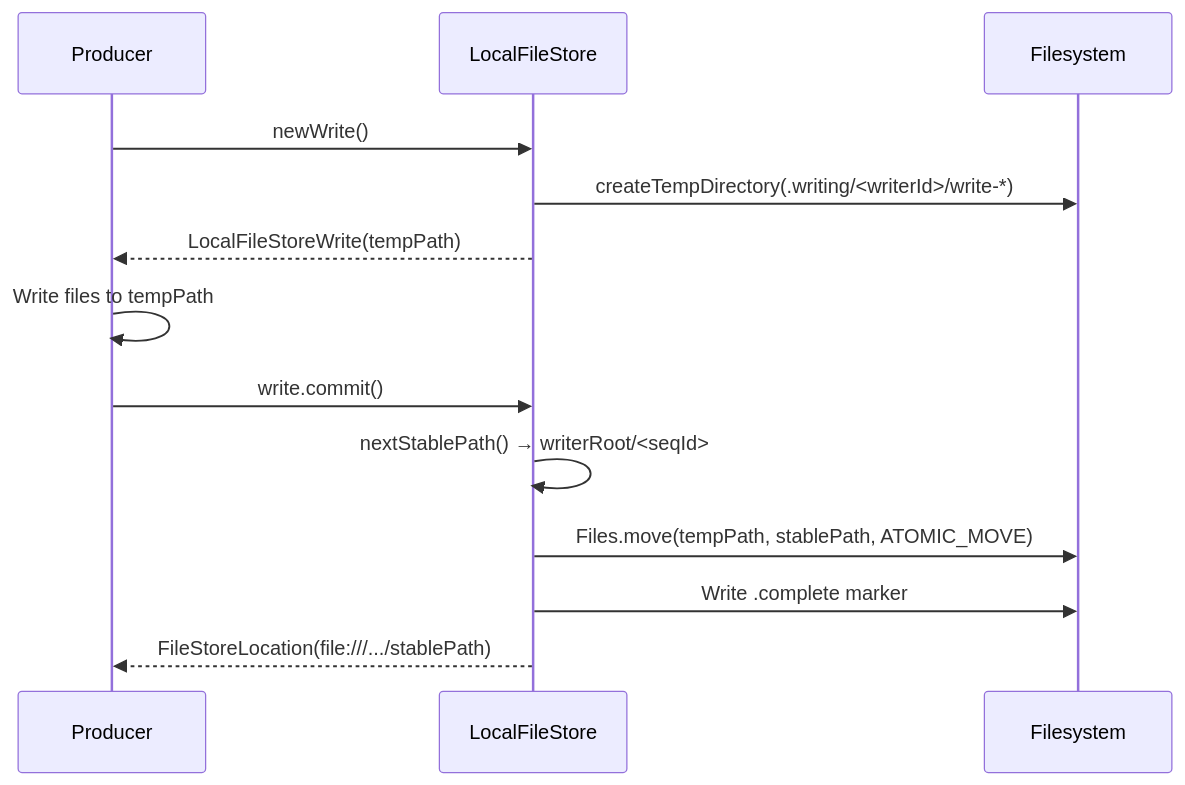
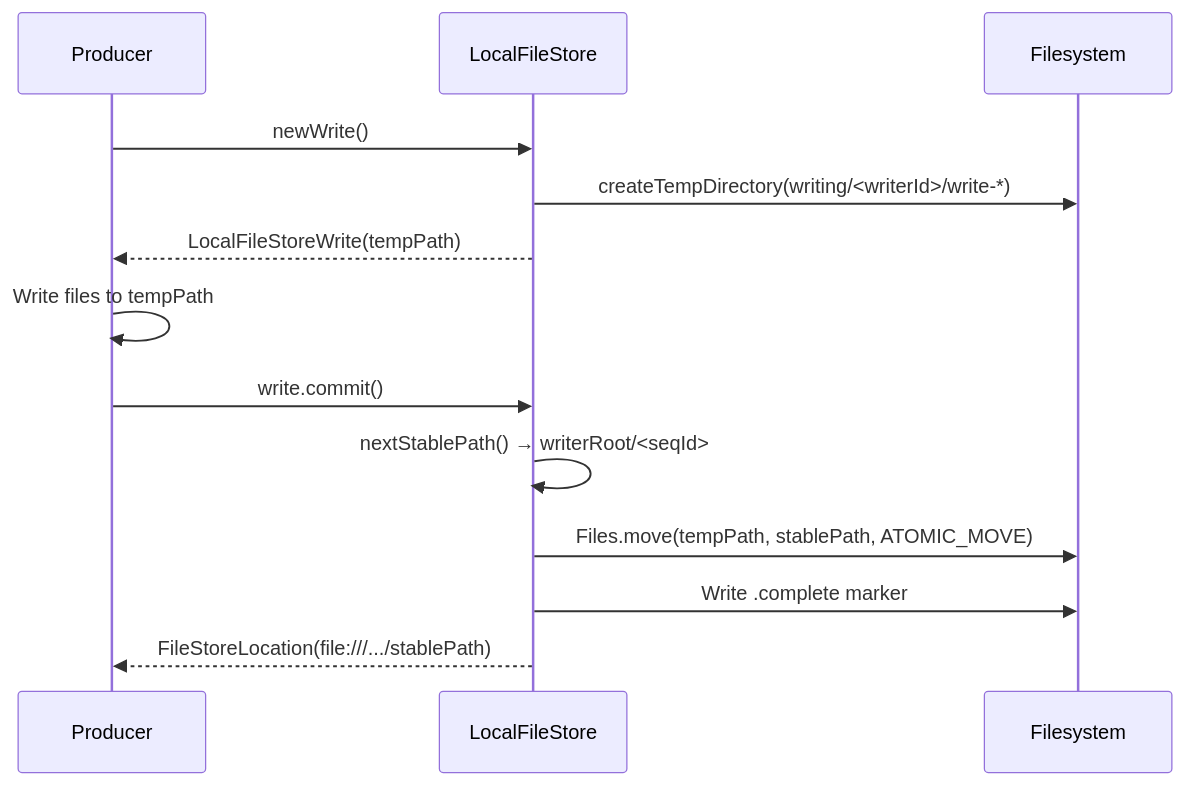
Before and after one commit to gchq/stroom: the second of 10 diagrams in stroom-proxy/designs/detailed-design-file-stores.md, drawn with Mermaid. The commit also changed other lines of this file and 7 other files, not shown here.

````diff
--- a/stroom-proxy/designs/detailed-design-file-stores.md
+++ b/stroom-proxy/designs/detailed-design-file-stores.md
@@ -90,16 +90,16 @@
 ```mermaid
 sequenceDiagram
     participant P as Producer
     participant LFS as LocalFileStore
     participant FS as Filesystem
 
     P->>LFS: newWrite()
-    LFS->>FS: createTempDirectory(.writing/<writerId>/write-*)
+    LFS->>FS: createTempDirectory(writing/<writerId>/write-*)
     LFS-->>P: LocalFileStoreWrite(tempPath)
     P->>P: Write files to tempPath
     P->>LFS: write.commit()
     LFS->>LFS: nextStablePath() → writerRoot/<seqId>
     LFS->>FS: Files.move(tempPath, stablePath, ATOMIC_MOVE)
     LFS->>FS: Write .complete marker
     LFS-->>P: FileStoreLocation(file:///.../stablePath)
 ```
````
